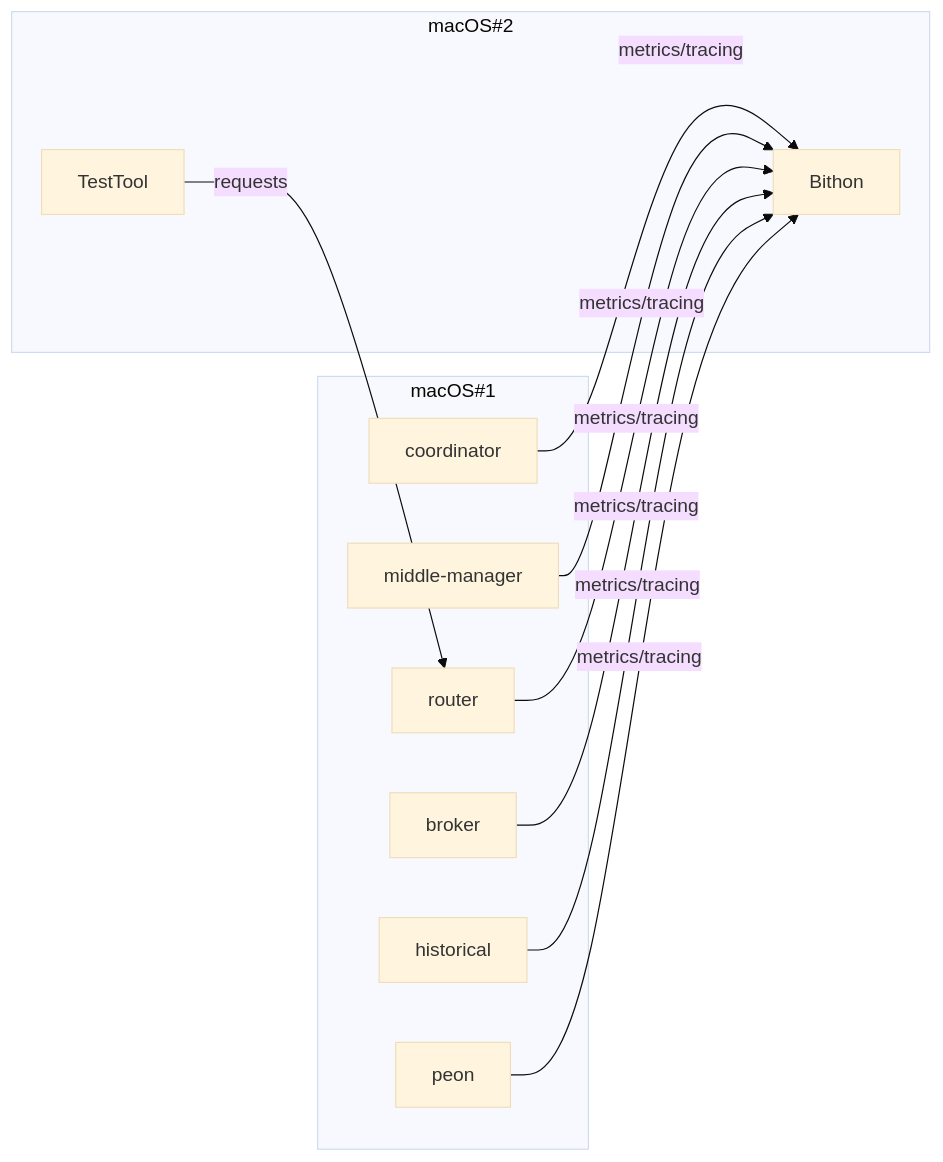
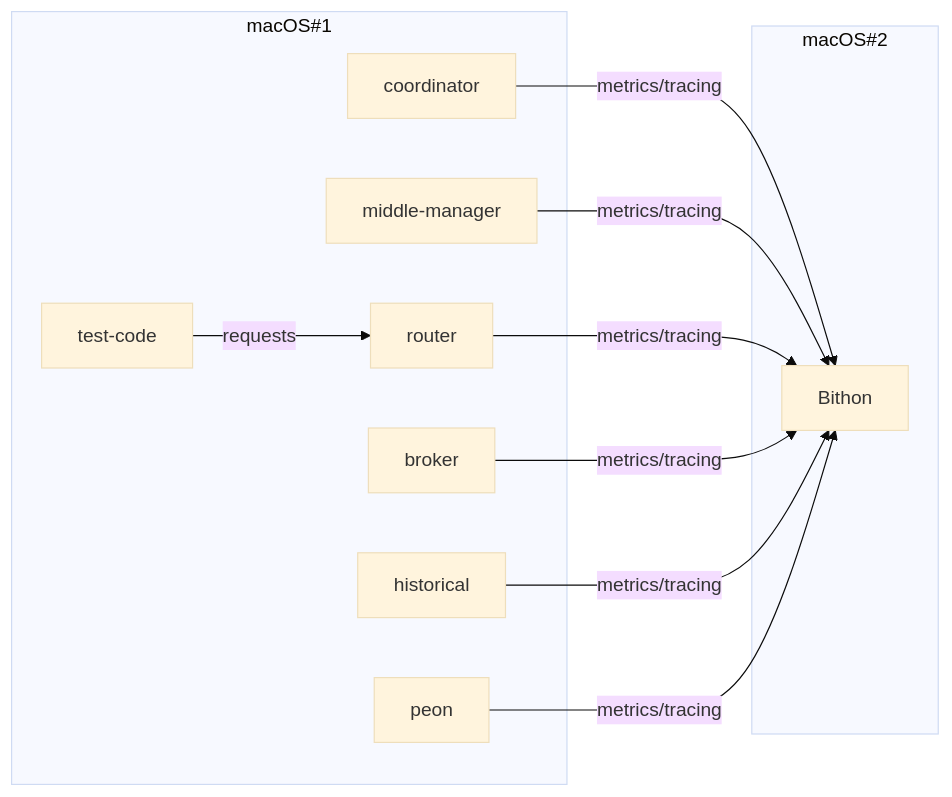
One commit to FrankChen021/bithon changed the diagram in doc/benchmark/agent-benchmark.md. Above: the diagram before and after it, drawn with Mermaid (base theme). The commit also changed other lines of this file, not shown here.

````diff
--- a/doc/benchmark/agent-benchmark.md
+++ b/doc/benchmark/agent-benchmark.md
@@ -38,22 +38,22 @@
 ```mermaid
     flowchart LR
         subgraph macOS#1
             router
             coordinator
             middle-manager
             broker
             historical
             peon
+            test-code
         end
         subgraph macOS#2
             Bithon
-            TestTool
         end
         coordinator --metrics/tracing--> Bithon
         middle-manager --metrics/tracing--> Bithon
         router --metrics/tracing--> Bithon
         broker --metrics/tracing--> Bithon
         historical --metrics/tracing--> Bithon
         peon --metrics/tracing--> Bithon
-        TestTool --requests--> router
+        test-code --requests--> router
 ```
````
